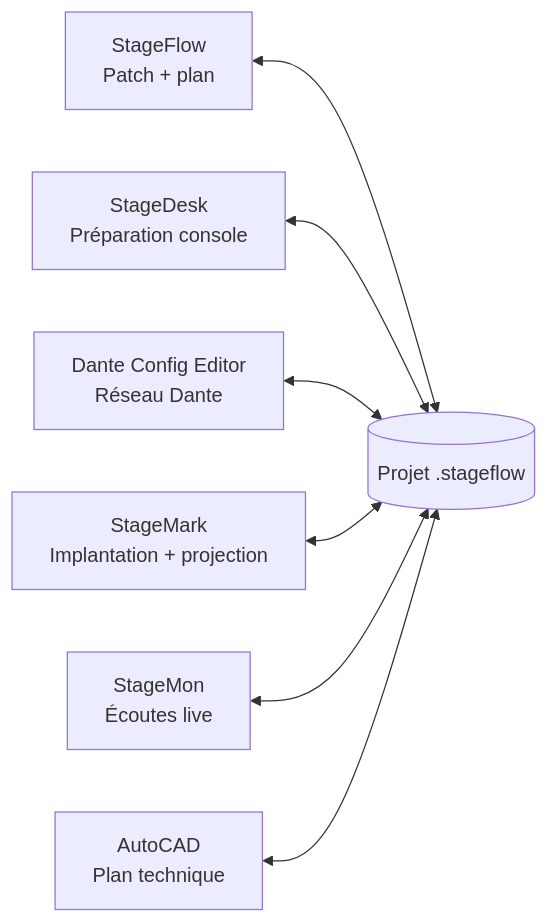
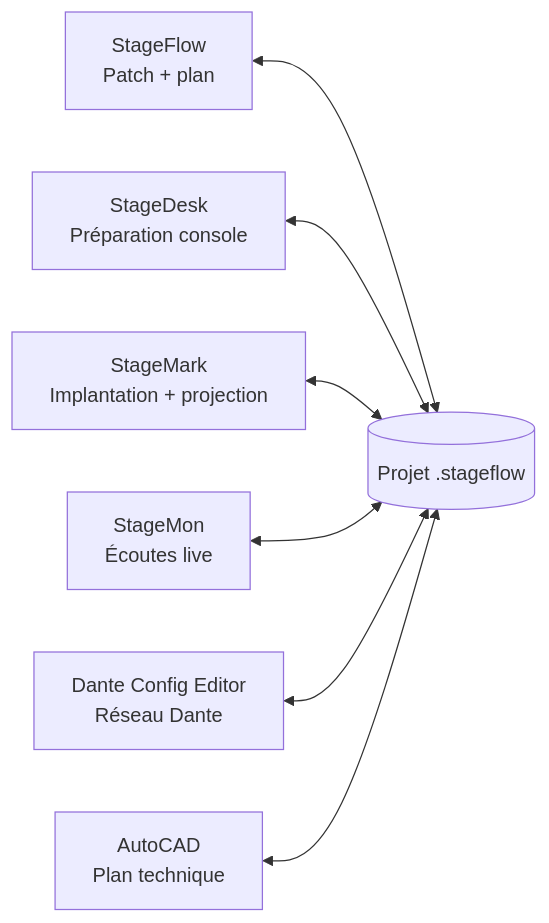
The diagram in README.md (Mamat79/SiLeMIO-StageFlow-Distribution), drawn with Mermaid before and after one commit. The commit also changed other lines of this file, not shown here.

````diff
--- a/README.md
+++ b/README.md
@@ -134,10 +134,10 @@
 ```mermaid
 flowchart LR
     P[(Projet .stageflow)]
     SF[StageFlow<br/>Patch + plan] <--> P
     SMT[StageDesk<br/>Préparation console] <--> P
-    DCE[Dante Config Editor<br/>Réseau Dante] <--> P
     SM[StageMark<br/>Implantation + projection] <--> P
     MON[StageMon<br/>Écoutes live] <--> P
+    DCE[Dante Config Editor<br/>Réseau Dante] <--> P
     CAD[AutoCAD<br/>Plan technique] <--> P
 ```
````
